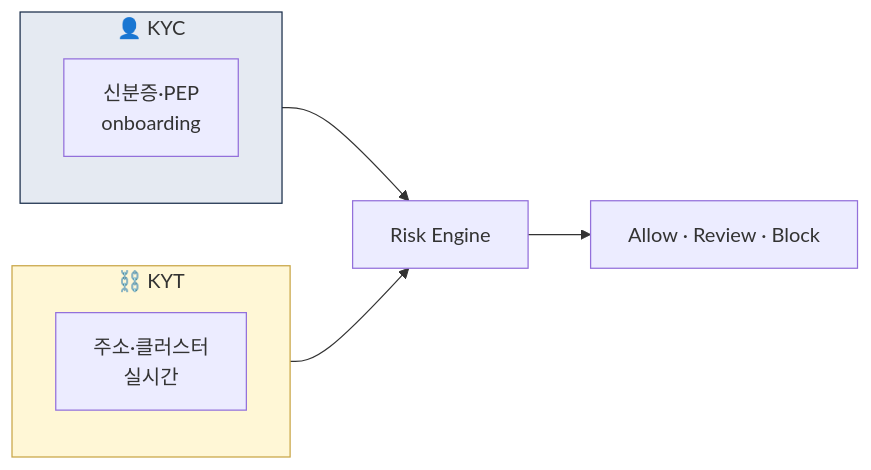
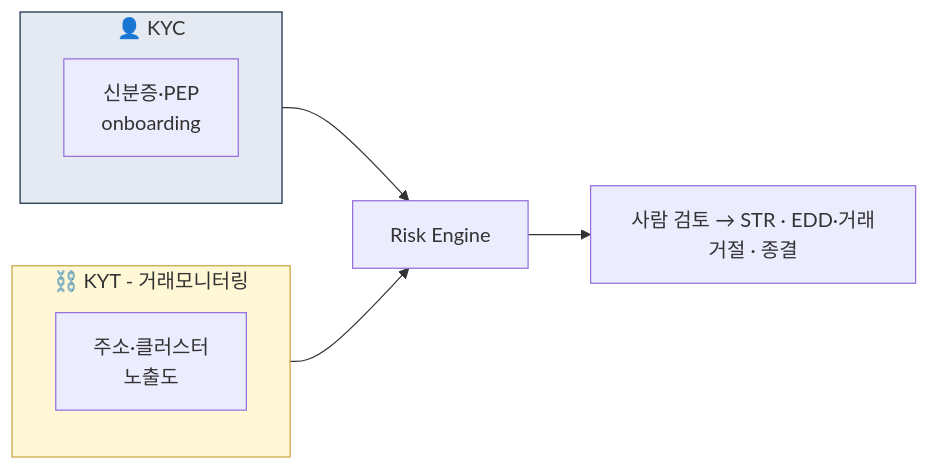
The first of 3 diagrams in curriculum/day_29.md (lala-david/aml-notes), drawn with Mermaid before and after one commit. The commit also changed other lines of this file and 233 other files, not shown here.

````diff
--- a/curriculum/day_29.md
+++ b/curriculum/day_29.md
@@ -13,13 +13,13 @@
 ```mermaid
 flowchart LR
     subgraph KYC["👤 KYC"]
         K1["신분증·PEP<br/>onboarding"]
     end
-    subgraph KYT["⛓️ KYT"]
-        T1["주소·클러스터<br/>실시간"]
+    subgraph KYT["⛓️ KYT - 거래모니터링"]
+        T1["주소·클러스터<br/>노출도"]
     end
     KYC & KYT --> RE["Risk Engine"]
-    RE --> A["Allow · Review · Block"]
+    RE --> A["사람 검토 → STR · EDD·거래거절 · 종결"]
     style KYC fill:#e5eaf2,stroke:#1a2e4a
     style KYT fill:#fff7d6,stroke:#c9a646
 ```
````
